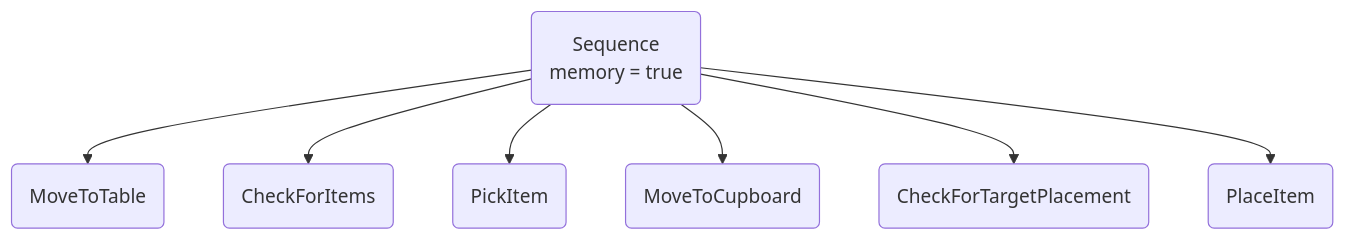
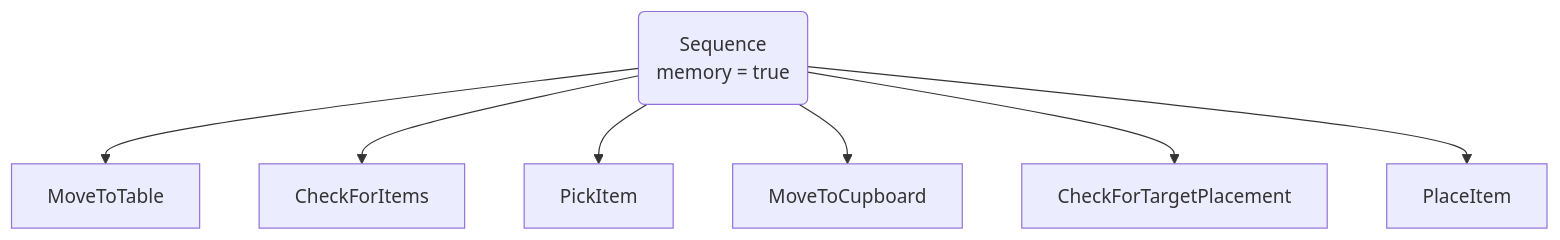
One commit to una-auxme/arlab changed the fifth of 6 diagrams in code/arlab_decision_making/README.md. Above: the diagram before and after it, drawn with Mermaid. The commit also changed other lines of this file, not shown here.

Commit message:
task1 + error sequence + formatting

````diff
--- a/code/arlab_decision_making/README.md
+++ b/code/arlab_decision_making/README.md
@@ -45,10 +64,10 @@
 ```mermaid
 flowchart TD
-    StoreGrocery(Sequence
-     memory = true) --> MT(MoveToTable)
-     StoreGrocery --> CFI(CheckForItems)
-     StoreGrocery --> PI(PickItem)
-     StoreGrocery --> MTC(MoveToCupboard)
-     StoreGrocery --> CFTP(CheckForTargetPlacement)
-     StoreGrocery --> PlI(PlaceItem)
+    StoreGrocery(Sequence 
+    memory = true) --> MT[MoveToTable]
+    StoreGrocery --> CFI[CheckForItems]
+    StoreGrocery --> PI[PickItem]
+    StoreGrocery --> MTC[MoveToCupboard]
+    StoreGrocery --> CFTP[CheckForTargetPlacement]
+    StoreGrocery --> PlI[PlaceItem]
 ```
````
